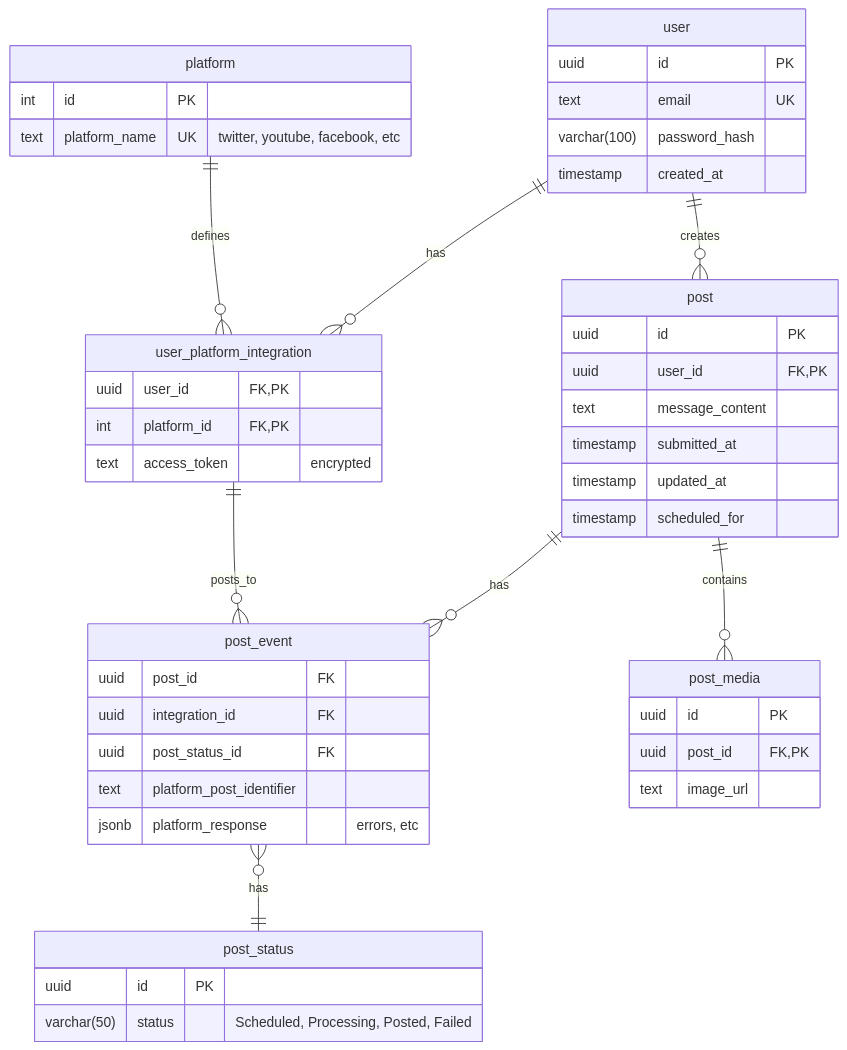
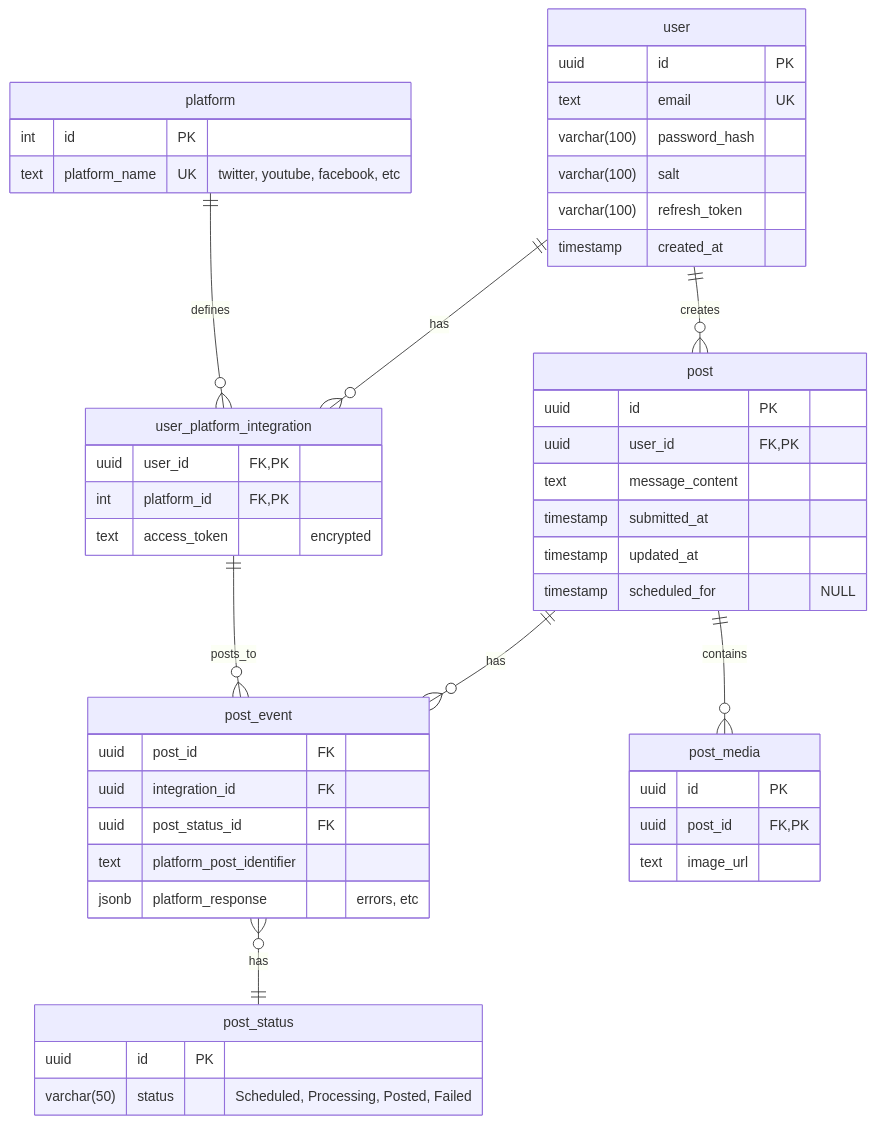
One commit to JKMN-Projects/ripple_sync_backend changed the diagram in documentation/diagrams/er_diagram.md. Above: the diagram before and after it, drawn with Mermaid.

Commit message:
Added security columns to ER diagram

````diff
--- a/documentation/diagrams/er_diagram.md
+++ b/documentation/diagrams/er_diagram.md
@@ -3,58 +3,60 @@
 ``` mermaid
  
     erDiagram
     user ||--o{ user_platform_integration : "has"
     user ||--o{ post : "creates"
     platform ||--o{ user_platform_integration : "defines"
     post ||--o{ post_event : "has"
     user_platform_integration ||--o{ post_event : "posts_to"
     post ||--o{ post_media : "contains"
     post_event }o--|| post_status : "has"
 
 
     user {
         uuid id PK
         text email UK
         varchar(100) password_hash
+        varchar(100) salt
+        varchar(100) refresh_token
         timestamp created_at 
     }
 
     platform {
         int id PK
         text platform_name UK "twitter, youtube, facebook, etc"
     }
 
     user_platform_integration {
         uuid user_id FK, PK
         int platform_id FK, PK
         text access_token "encrypted"
     }
 
     post {
         uuid id PK
         uuid user_id FK, PK
         text message_content
         timestamp submitted_at
         timestamp updated_at
-        timestamp scheduled_for
+        timestamp scheduled_for "NULL"
     }
 
     post_media {
         uuid id PK
         uuid post_id FK, PK
         text image_url 
     }
 
     post_event {
         uuid post_id FK
         uuid integration_id FK
         uuid post_status_id FK
         text platform_post_identifier 
         jsonb platform_response "errors, etc"
     }
 
     post_status {
         uuid id PK
         varchar(50) status "Scheduled, Processing, Posted, Failed"
     }
 ```
````
